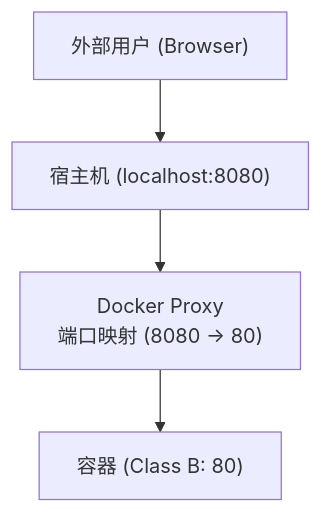
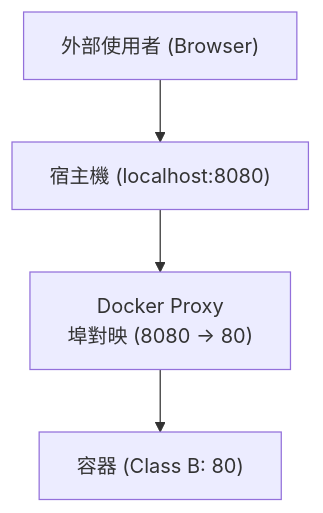
Before and after one commit to alexkuoecity/docker-practice-master-zh-tw: the diagram in 09_network/9.5_port_mapping.md, drawn with Mermaid. The commit also changed other lines of this file and 200 other files, not shown here.

````diff
--- a/09_network/9.5_port_mapping.md
+++ b/09_network/9.5_port_mapping.md
@@ -15,6 +15,6 @@
 ```mermaid
 flowchart TD
-    User["外部用户 (Browser)"] --> Host["宿主机 (localhost:8080)"]
-    Host --> Proxy["Docker Proxy<br/>端口映射 (8080 -> 80)"]
+    User["外部使用者 (Browser)"] --> Host["宿主機 (localhost:8080)"]
+    Host --> Proxy["Docker Proxy<br/>埠對映 (8080 -> 80)"]
     Proxy --> Container["容器 (Class B: 80)"]
 ```
````
